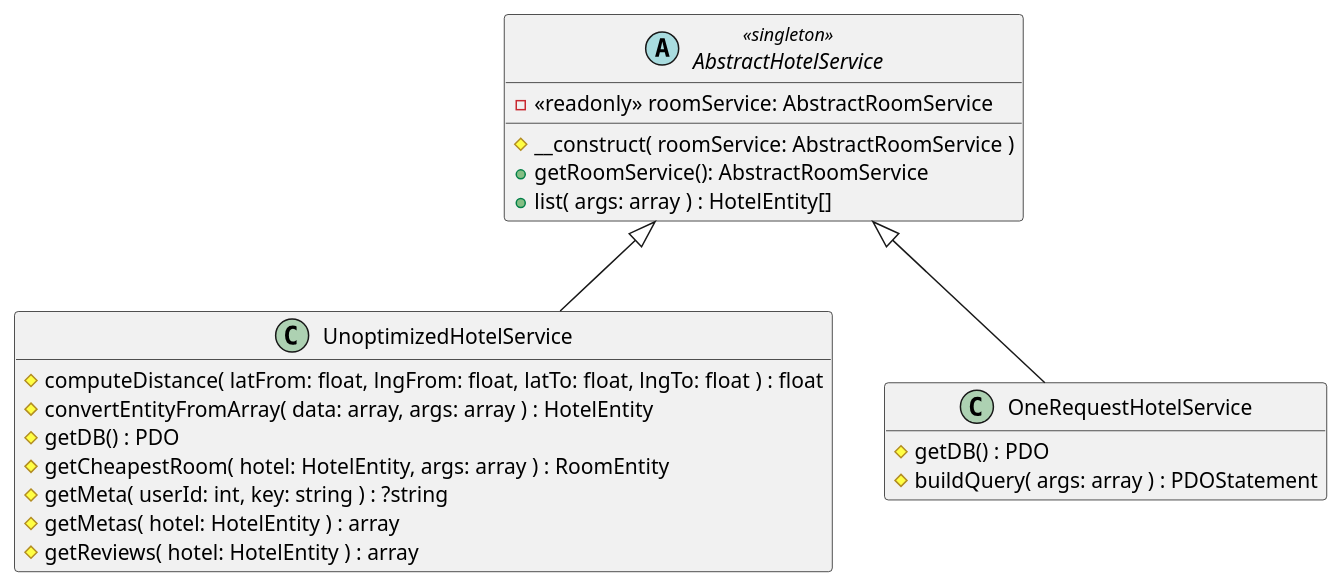
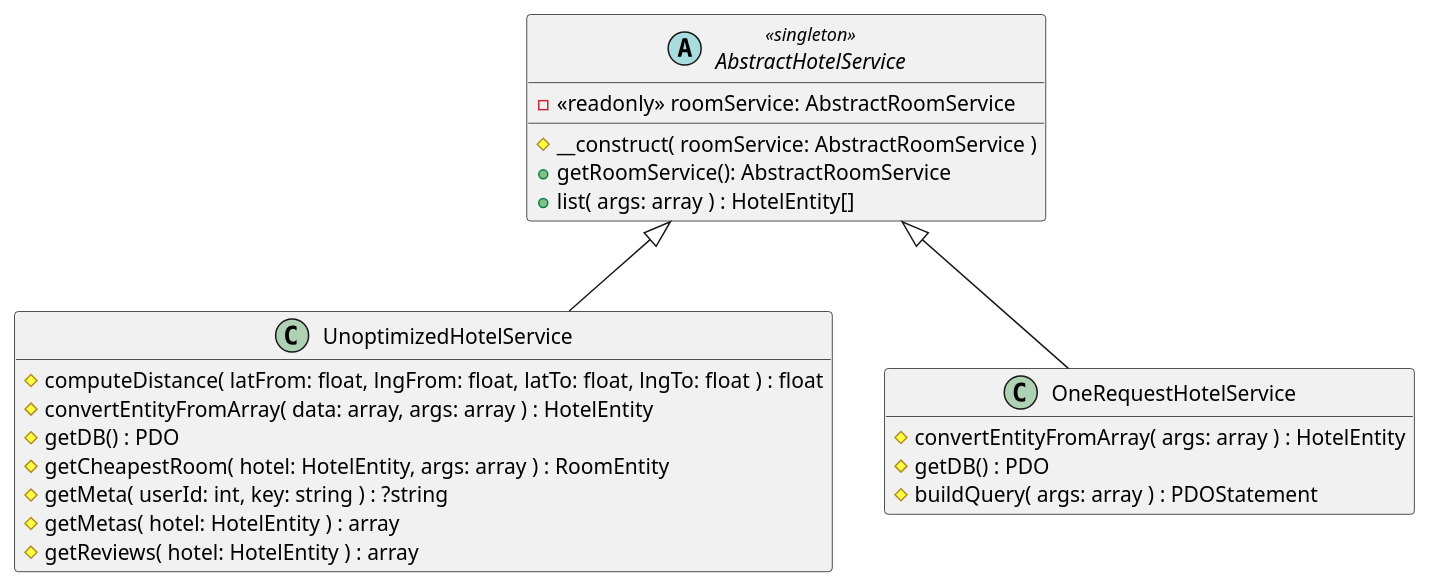
Before and after one commit to ralixt/tp-performances-backend: the diagram in docs/assets/one-request-service-class.puml, drawn with PlantUML. The commit also changed 15 other files, not shown here.

```diff
--- a/docs/assets/one-request-service-class.puml
+++ b/docs/assets/one-request-service-class.puml
@@ -1,27 +1,28 @@
 @startuml one-request-service-class
 
 hide empty attributes
 
 abstract class AbstractHotelService <<singleton>> {
   - <<readonly>> roomService: AbstractRoomService
 
   # __construct( roomService: AbstractRoomService )
   + getRoomService(): AbstractRoomService
   + list( args: array ) : HotelEntity[]
 }
 
 class UnoptimizedHotelService extends AbstractHotelService {
   # computeDistance( latFrom: float, lngFrom: float, latTo: float, lngTo: float ) : float
   # convertEntityFromArray( data: array, args: array ) : HotelEntity
   # getDB() : PDO
   # getCheapestRoom( hotel: HotelEntity, args: array ) : RoomEntity
   # getMeta( userId: int, key: string ) : ?string
   # getMetas( hotel: HotelEntity ) : array
   # getReviews( hotel: HotelEntity ) : array
 }
 
 class OneRequestHotelService extends AbstractHotelService {
+  # convertEntityFromArray( args: array ) : HotelEntity
   # getDB() : PDO
   # buildQuery( args: array ) : PDOStatement
 }
 @enduml
```
